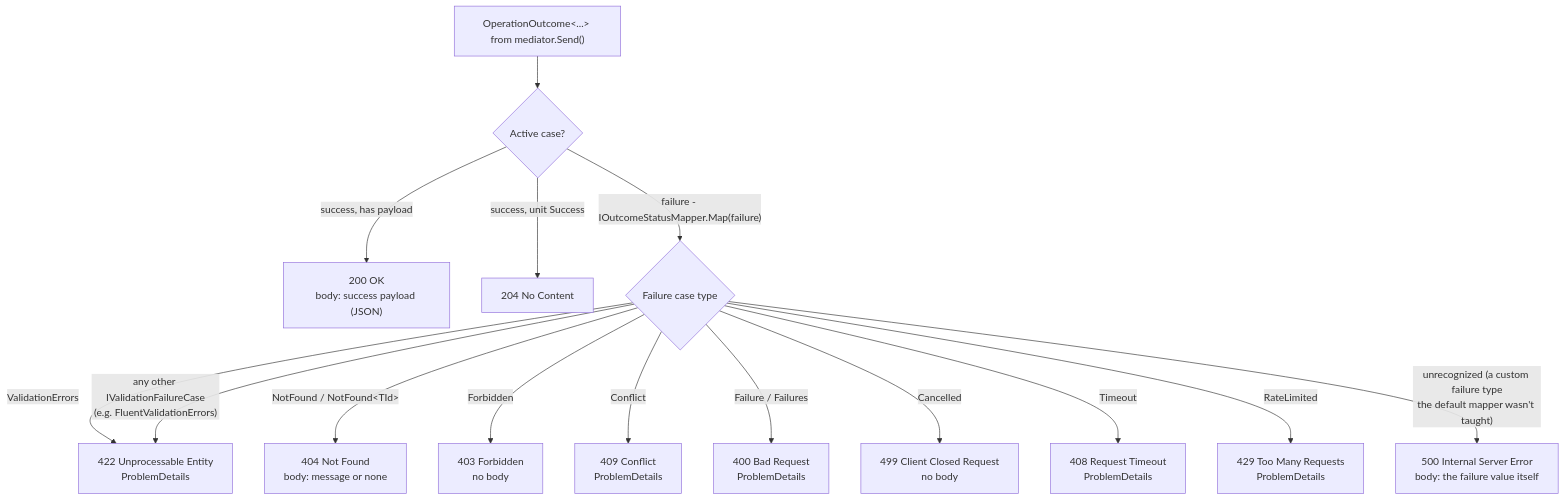
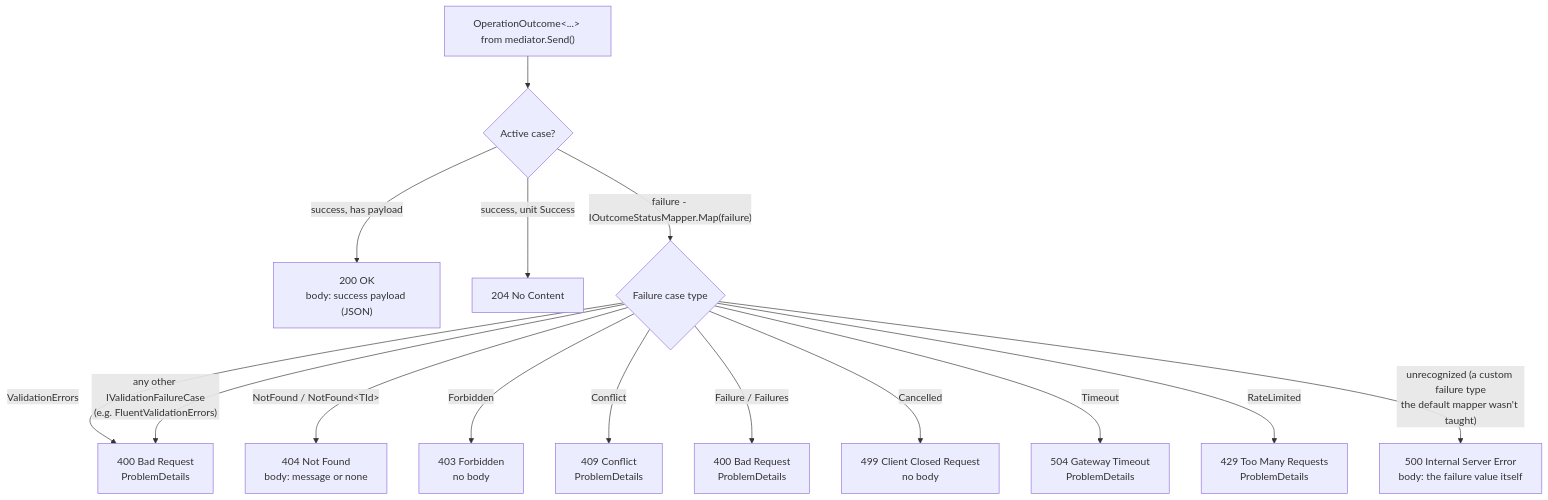
The diagram in documentation/aspnetcore-integration.md (rheone/interlocutor), drawn with Mermaid before and after one commit. The commit also changed other lines of this file and 8 other files, not shown here.

````diff
--- a/documentation/aspnetcore-integration.md
+++ b/documentation/aspnetcore-integration.md
@@ -77,17 +77,17 @@
 ```mermaid
 flowchart TD
     Outcome["OperationOutcome&lt;...&gt; from mediator.Send()"] --> IsSuccess{"Active case?"}
     IsSuccess -->|"success, has payload"| Ok200["200 OK<br/>body: success payload (JSON)"]
     IsSuccess -->|"success, unit Success"| NoContent204["204 No Content"]
     IsSuccess -->|"failure - IOutcomeStatusMapper.Map(failure)"| CaseType{"Failure case type"}
-    CaseType -->|"ValidationErrors"| Unprocessable422["422 Unprocessable Entity<br/>ProblemDetails"]
-    CaseType -->|"any other IValidationFailureCase<br/>(e.g. FluentValidationErrors)"| Unprocessable422
+    CaseType -->|"ValidationErrors"| Bad400Validation["400 Bad Request<br/>ProblemDetails"]
+    CaseType -->|"any other IValidationFailureCase<br/>(e.g. FluentValidationErrors)"| Bad400Validation
     CaseType -->|"NotFound / NotFound&lt;TId&gt;"| NotFound404["404 Not Found<br/>body: message or none"]
     CaseType -->|"Forbidden"| Forbidden403["403 Forbidden<br/>no body"]
     CaseType -->|"Conflict"| Conflict409["409 Conflict<br/>ProblemDetails"]
     CaseType -->|"Failure / Failures"| Bad400["400 Bad Request<br/>ProblemDetails"]
     CaseType -->|"Cancelled"| ClientClosed499["499 Client Closed Request<br/>no body"]
-    CaseType -->|"Timeout"| Timeout408["408 Request Timeout<br/>ProblemDetails"]
+    CaseType -->|"Timeout"| Timeout504["504 Gateway Timeout<br/>ProblemDetails"]
     CaseType -->|"RateLimited"| TooMany429["429 Too Many Requests<br/>ProblemDetails"]
     CaseType -->|"unrecognized (a custom failure type<br/>the default mapper wasn't taught)"| Error500["500 Internal Server Error<br/>body: the failure value itself"]
 ```
````
